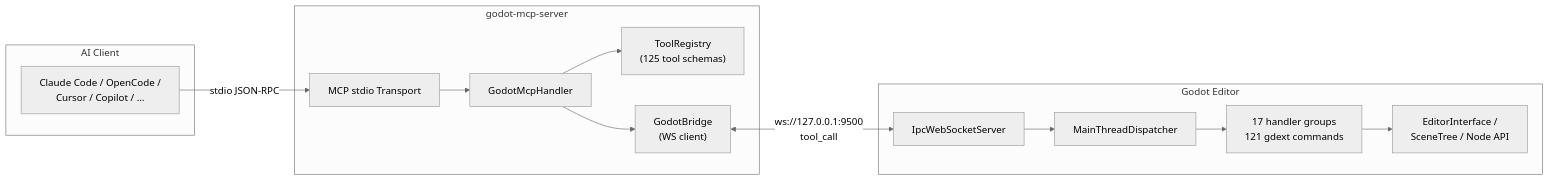
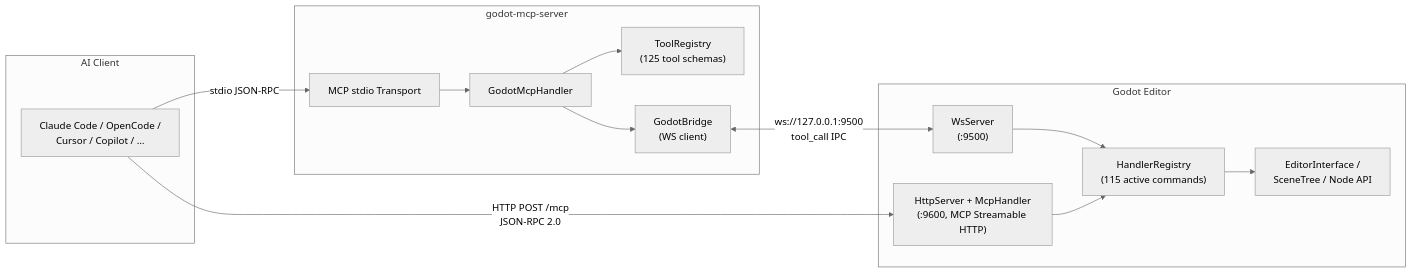
The diagram in README.md (jesspig/GodotMCP-GDExtension), drawn with Mermaid (neutral theme) before and after one commit. The commit also changed other lines of this file and 17 other files, not shown here.

````diff
--- a/README.md
+++ b/README.md
@@ -14,29 +14,30 @@
 ```mermaid
 graph LR
     subgraph AI["AI Client"]
         Client["Claude Code / OpenCode /<br/>Cursor / Copilot / …"]
     end
 
     subgraph ServerProc["godot-mcp-server"]
         Stdio["MCP stdio Transport"]
         Handler["GodotMcpHandler"]
         Registry["ToolRegistry<br/>(125 tool schemas)"]
         Bridge["GodotBridge<br/>(WS client)"]
     end
 
     subgraph GodotProc["Godot Editor"]
-        WS["IpcWebSocketServer"]
-        Dispatcher["MainThreadDispatcher"]
-        Commands["17 handler groups<br/>121 gdext commands"]
+        WS["WsServer<br/>(:9500)"]
+        HTTP["HttpServer + McpHandler<br/>(:9600, MCP Streamable HTTP)"]
+        Registry2["HandlerRegistry<br/>(115 active commands)"]
         Editor["EditorInterface /<br/>SceneTree / Node API"]
     end
 
     Client -->|stdio JSON-RPC| Stdio
     Stdio --> Handler
     Handler --> Registry
     Handler --> Bridge
-    Bridge <-->|ws://127.0.0.1:9500<br/>tool_call| WS
-    WS --> Dispatcher
-    Dispatcher --> Commands
-    Commands --> Editor
+    Bridge <-->|ws://127.0.0.1:9500<br/>tool_call IPC| WS
+    Client -->|HTTP POST /mcp<br/>JSON-RPC 2.0| HTTP
+    WS --> Registry2
+    HTTP --> Registry2
+    Registry2 --> Editor
 ```
````
